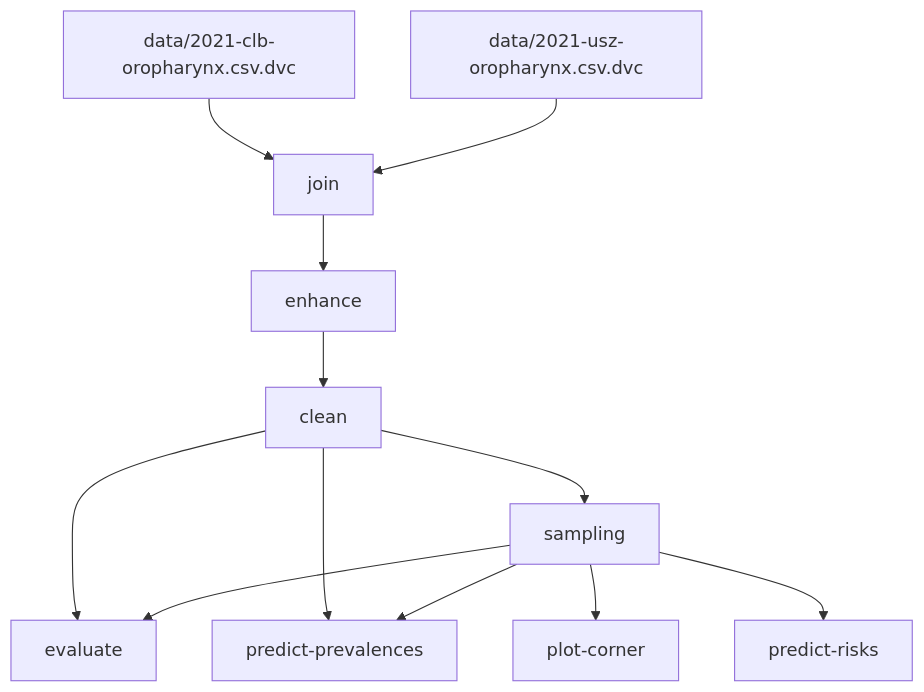
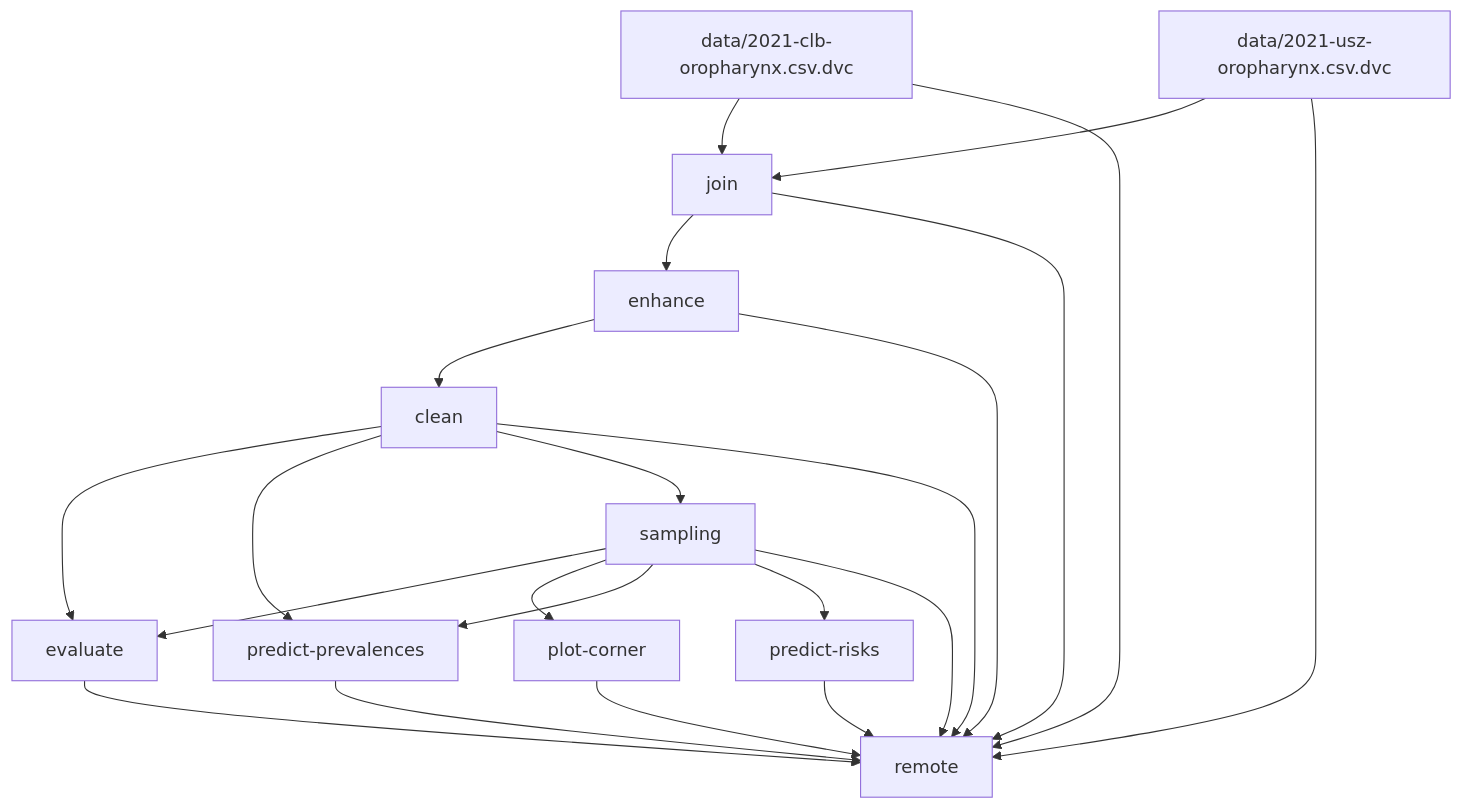
The diagram in dag.md (rmnldwg/lynference), drawn with Mermaid before and after one commit. The commit also changed 7 other files, not shown here.

````diff
--- a/dag.md
+++ b/dag.md
@@ -1,24 +1,35 @@
 ```mermaid
 flowchart TD
 	node1["data/2021-clb-oropharynx.csv.dvc"]
 	node2["data/2021-usz-oropharynx.csv.dvc"]
 	node3["clean"]
 	node4["enhance"]
 	node5["evaluate"]
 	node6["join"]
 	node7["plot-corner"]
 	node8["predict-prevalences"]
 	node9["predict-risks"]
 	node10["sampling"]
+	node11["remote"]
 	node1-->node6
+	node1-->node11
 	node2-->node6
+	node2-->node11
 	node3-->node5
 	node3-->node8
 	node3-->node10
+	node3-->node11
 	node4-->node3
+	node4-->node11
+	node5-->node11
 	node6-->node4
+	node6-->node11
+	node7-->node11
+	node8-->node11
+	node9-->node11
 	node10-->node5
 	node10-->node7
 	node10-->node8
 	node10-->node9
+	node10-->node11
 ```
````
